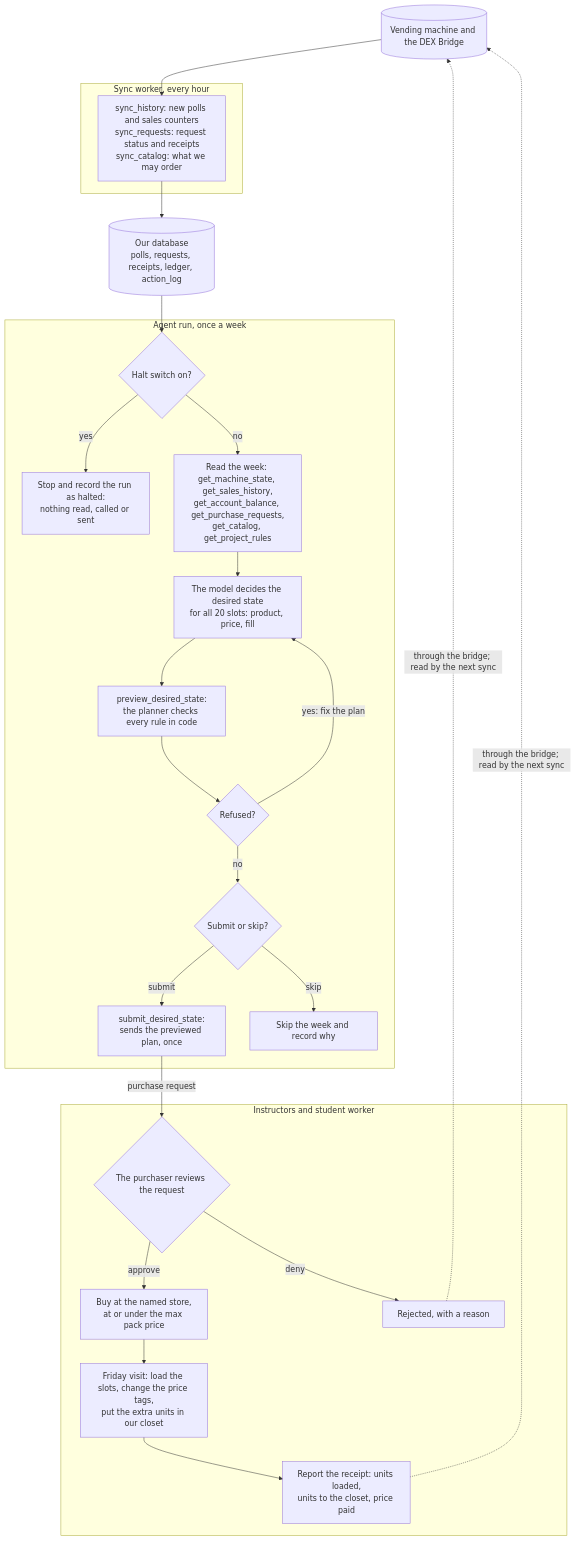
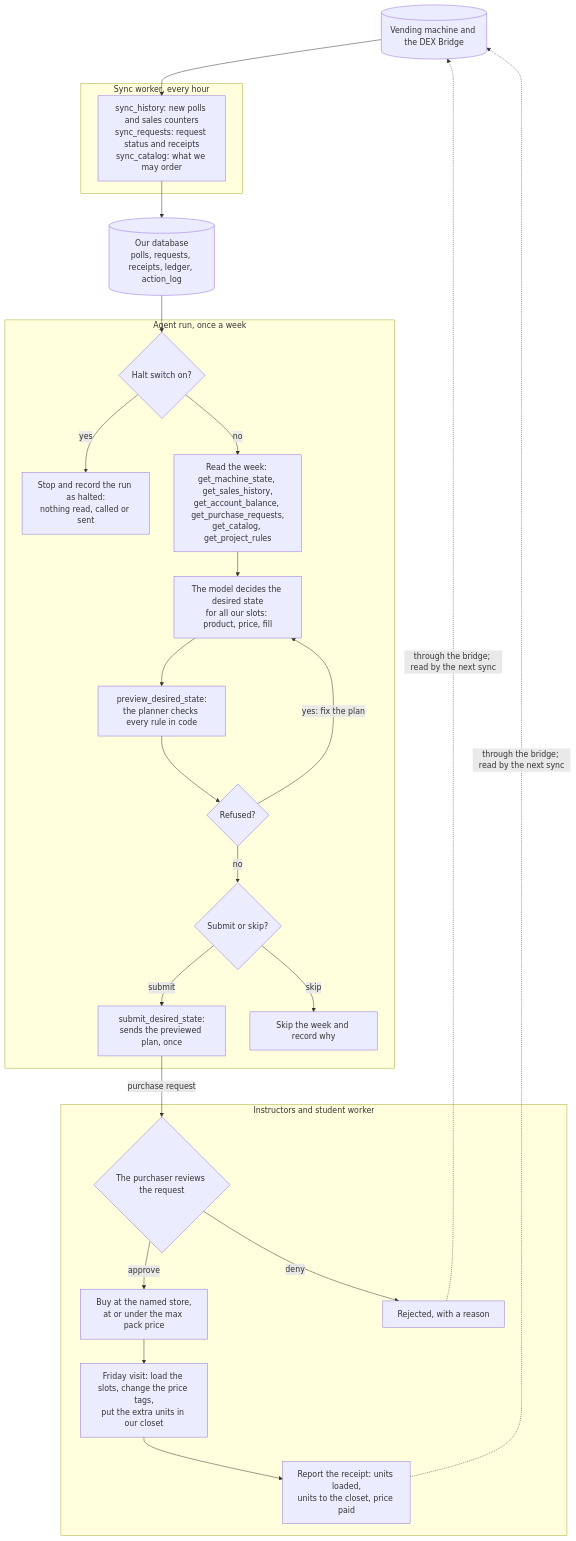
One commit to marshall-strong/agentic-vending changed the first of 2 diagrams in docs/process-map.md. Above: the diagram before and after it, drawn with Mermaid. The commit also changed 9 other files, not shown here.

````diff
--- a/docs/process-map.md
+++ b/docs/process-map.md
@@ -19,43 +19,43 @@
 ```mermaid
 flowchart TD
     M[("Vending machine and the DEX Bridge")]
 
     subgraph hourly["Sync worker, every hour"]
         S["sync_history: new polls and sales counters<br/>sync_requests: request status and receipts<br/>sync_catalog: what we may order"]
     end
 
     DB[("Our database<br/>polls, requests, receipts, ledger, action_log")]
 
     subgraph run["Agent run, once a week"]
         A0{"Halt switch on?"}
         AH["Stop and record the run as halted:<br/>nothing read, called or sent"]
         A1["Read the week: get_machine_state, get_sales_history,<br/>get_account_balance, get_purchase_requests,<br/>get_catalog, get_project_rules"]
-        A2["The model decides the desired state<br/>for all 20 slots: product, price, fill"]
+        A2["The model decides the desired state<br/>for all our slots: product, price, fill"]
         A3["preview_desired_state:<br/>the planner checks every rule in code"]
         A4{"Refused?"}
         A5{"Submit or skip?"}
         A6["submit_desired_state:<br/>sends the previewed plan, once"]
         A7["Skip the week and record why"]
     end
 
     subgraph ops["Instructors and student worker"]
         O1{"The purchaser reviews the request"}
         O2["Buy at the named store,<br/>at or under the max pack price"]
         O3["Friday visit: load the slots, change the price tags,<br/>put the extra units in our closet"]
         O4["Report the receipt: units loaded,<br/>units to the closet, price paid"]
         O5["Rejected, with a reason"]
     end
 
     M --> S --> DB --> A0
     A0 -- yes --> AH
     A0 -- no --> A1 --> A2 --> A3 --> A4
     A4 -- "yes: fix the plan" --> A2
     A4 -- no --> A5
     A5 -- skip --> A7
     A5 -- submit --> A6
     A6 -- "purchase request" --> O1
     O1 -- approve --> O2 --> O3 --> O4
     O1 -- deny --> O5
     O4 -. "through the bridge; read by the next sync" .-> M
     O5 -. "through the bridge; read by the next sync" .-> M
 ```
````
